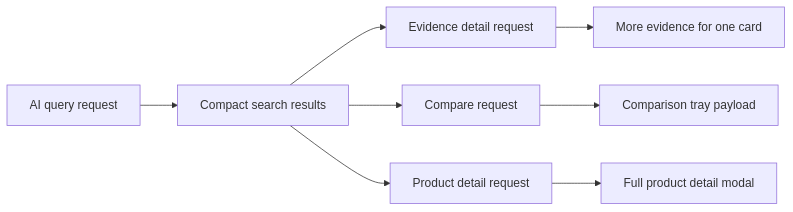
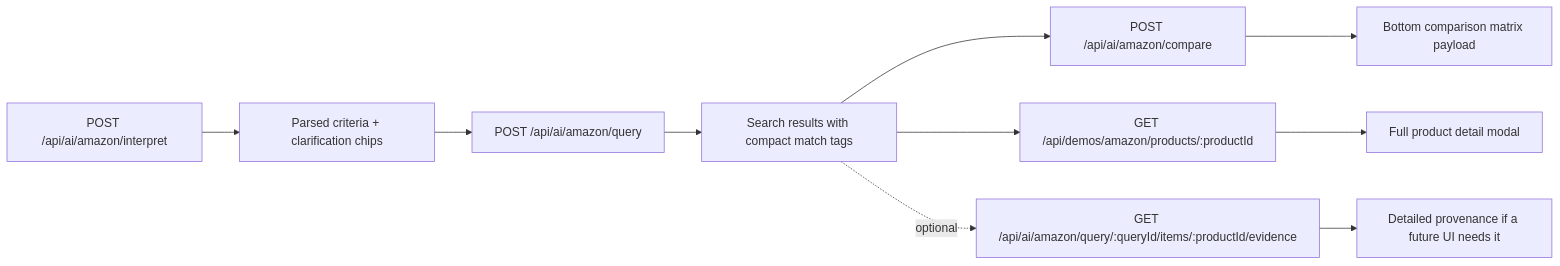
One commit to YJ-Jang01/HAI changed the fourth of 4 diagrams in docs/SERVICE_DATA_FLOW.md. Above: the diagram before and after it, drawn with Mermaid. The commit also changed other lines of this file and 146 other files, not shown here.

Commit message:
Replace demos with Amazon 2023 AI search

````diff
--- a/docs/SERVICE_DATA_FLOW.md
+++ b/docs/SERVICE_DATA_FLOW.md
@@ -297,11 +291,13 @@
 ```mermaid
 flowchart LR
-  Q["AI query request"] --> R["Compact search results"]
-  R --> E["Evidence detail request"]
-  R --> C["Compare request"]
-  R --> D["Product detail request"]
+  I[POST /api/ai/amazon/interpret] --> P[Parsed criteria + clarification chips]
+  P --> Q[POST /api/ai/amazon/query]
+  Q --> R[Search results with compact match tags]
+  R --> C[POST /api/ai/amazon/compare]
+  R --> D[GET /api/demos/amazon/products/:productId]
+  R -. optional .-> E[GET /api/ai/amazon/query/:queryId/items/:productId/evidence]
 
-  E --> EP["More evidence for one card"]
-  C --> CP["Comparison tray payload"]
-  D --> DP["Full product detail modal"]
+  E --> EP[Detailed provenance if a future UI needs it]
+  C --> CP[Bottom comparison matrix payload]
+  D --> DP[Full product detail modal]
 ```
````
